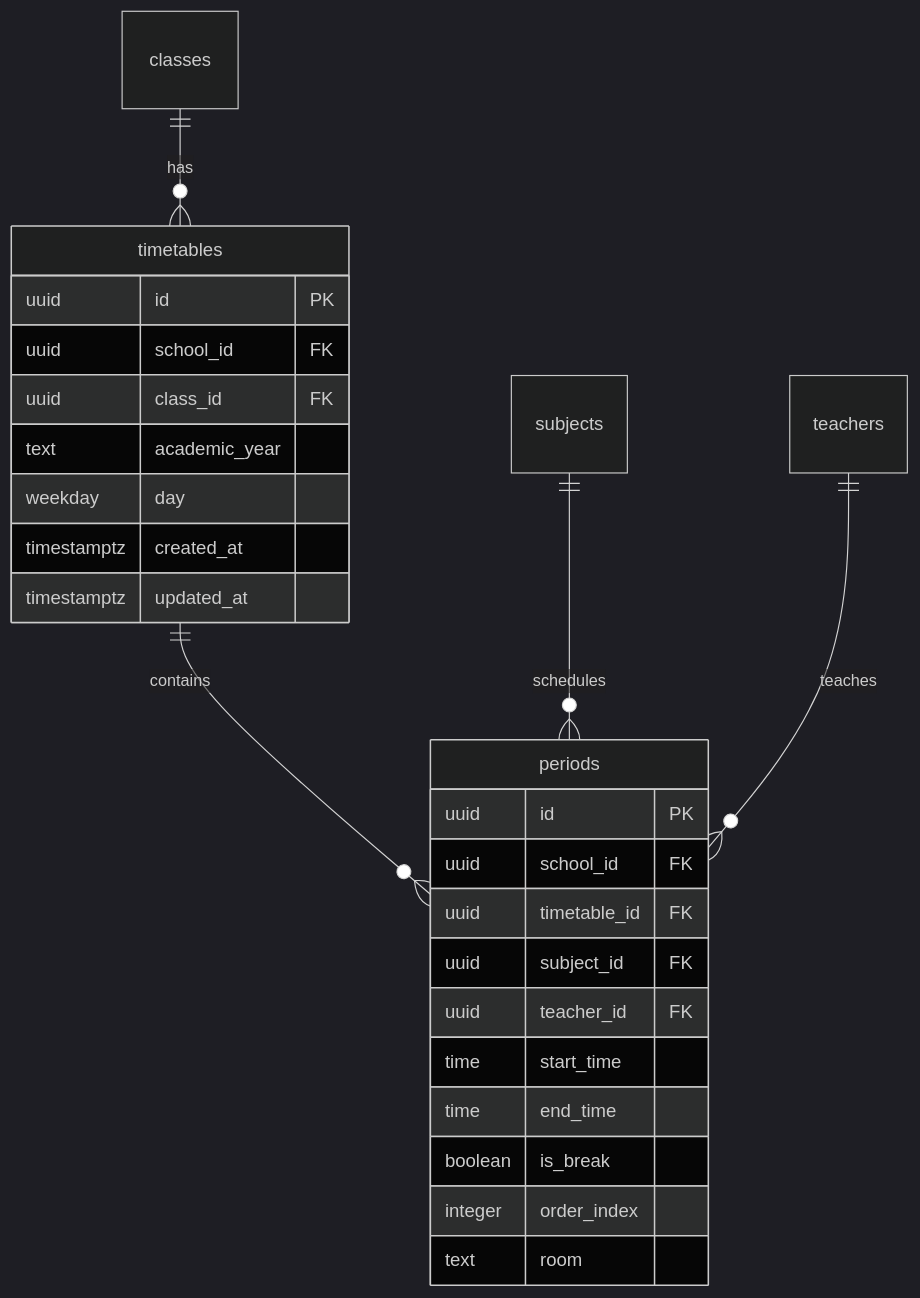
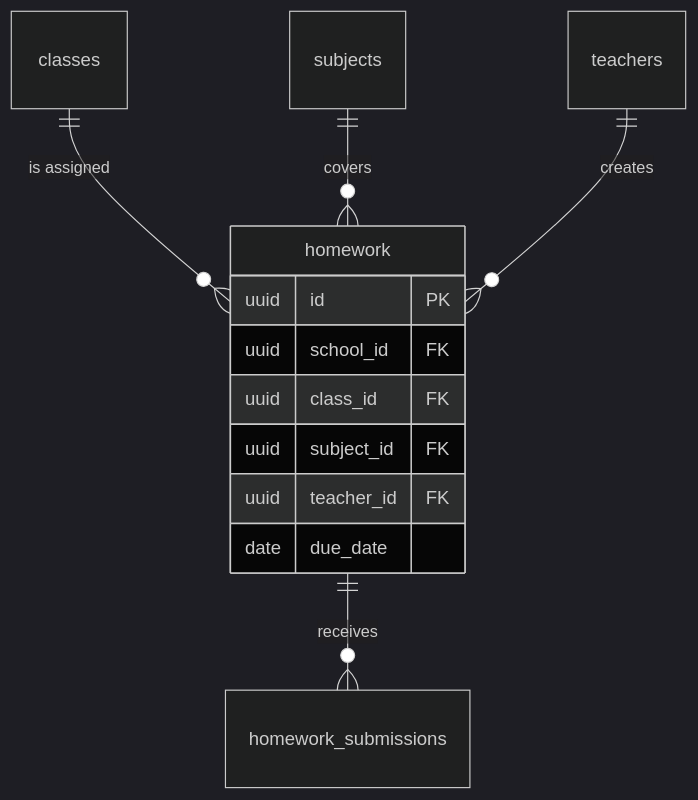
One commit to rahmat058/school-flow-ai changed diagram 16 of 43 in docs/backend/Database.md. Above: the diagram before and after it, drawn with Mermaid (dark theme). The commit also changed other lines of this file and 2 other files, not shown here.

````diff
--- a/docs/backend/Database.md
+++ b/docs/backend/Database.md
@@ -473,29 +611,15 @@
 ```mermaid
 erDiagram
-  classes ||--o{ timetables : "has"
-  timetables ||--o{ periods : "contains"
-  subjects ||--o{ periods : "schedules"
-  teachers ||--o{ periods : "teaches"
-
-  timetables {
+  classes ||--o{ homework : "is assigned"
+  subjects ||--o{ homework : "covers"
+  teachers ||--o{ homework : "creates"
+  homework ||--o{ homework_submissions : "receives"
+  homework {
     uuid id PK
     uuid school_id FK
     uuid class_id FK
-    text academic_year
-    weekday day
-    timestamptz created_at
-    timestamptz updated_at
-  }
-  periods {
-    uuid id PK
-    uuid school_id FK
-    uuid timetable_id FK
     uuid subject_id FK
     uuid teacher_id FK
-    time start_time
-    time end_time
-    boolean is_break
-    integer order_index
-    text room
+    date due_date
   }
 ```
````
